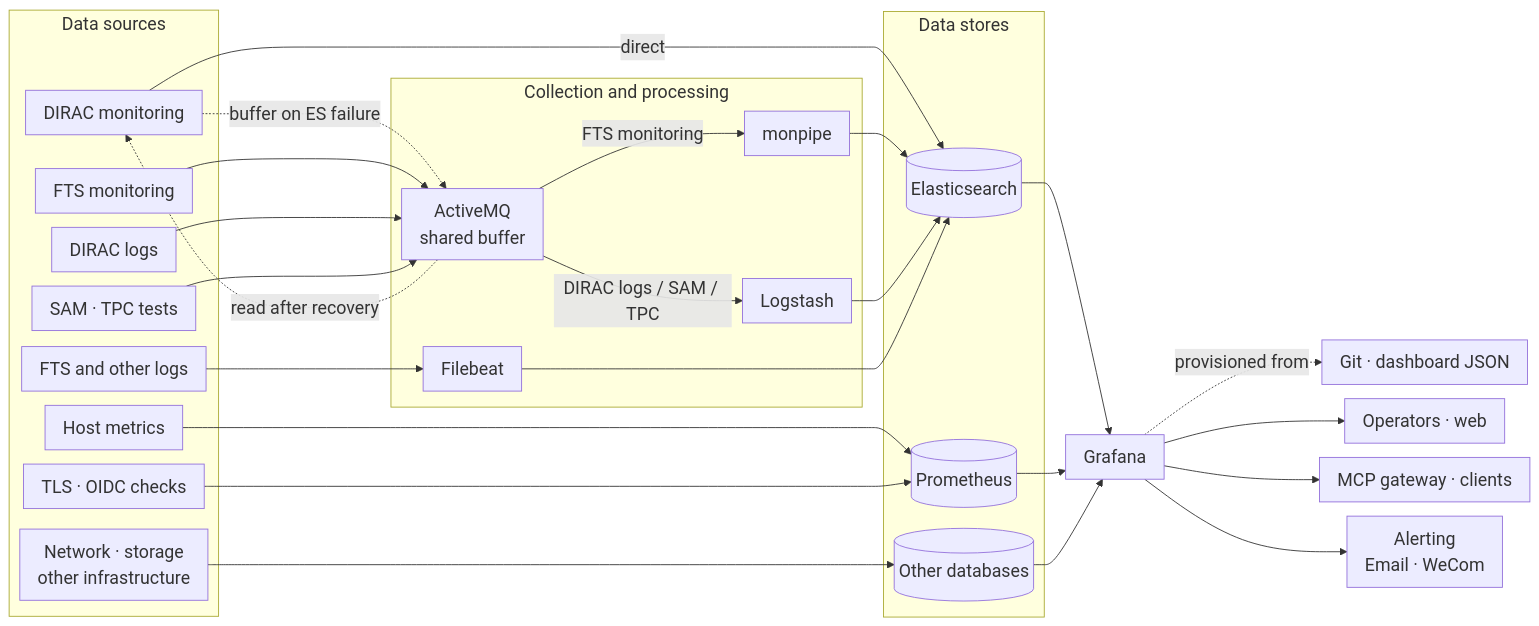
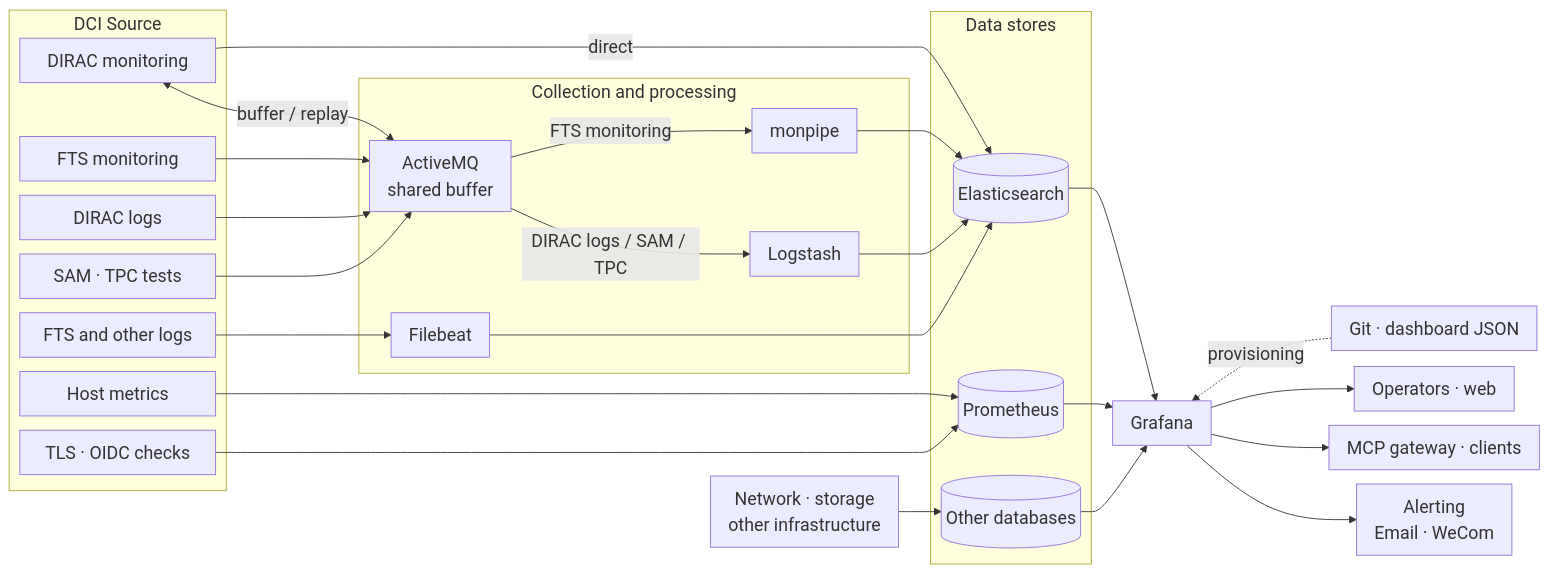
One commit to hanx-hep/2026-cepc-dci changed the first of 5 diagrams in slides.md. Above: the diagram before and after it, drawn with Mermaid.

Commit message:
style: align DCI source nodes and simplify buffer and Git arrows

````diff
--- a/slides.md
+++ b/slides.md
@@ -83,44 +83,44 @@
 ```mermaid {scale: 0.50}
 %%{init: {"themeVariables": {"fontSize": "20px"}, "flowchart": {"nodeSpacing": 16, "rankSpacing": 24, "padding": 10}}}%%
 flowchart LR
-    subgraph S[Data sources]
-        D[DIRAC monitoring]
-        F[FTS monitoring]
-        DL[DIRAC logs]
-        FL[FTS and other logs]
-        H[Host metrics]
-        N[Network · storage<br/>other infrastructure]
-        P[SAM · TPC tests]
-        Q[TLS · OIDC checks]
+    subgraph S[DCI Source]
+        D["<div style='width:180px'>DIRAC monitoring</div>"]
+        F["<div style='width:180px'>FTS monitoring</div>"]
+        DL["<div style='width:180px'>DIRAC logs</div>"]
+        FL["<div style='width:180px'>FTS and other logs</div>"]
+        H["<div style='width:180px'>Host metrics</div>"]
+        P["<div style='width:180px'>SAM · TPC tests</div>"]
+        Q["<div style='width:180px'>TLS · OIDC checks</div>"]
     end
+    N[Network · storage<br/>other infrastructure]
     subgraph T[Collection and processing]
         MQ[ActiveMQ<br/>shared buffer]
         MP[monpipe]
         LS[Logstash]
         FB[Filebeat]
     end
     subgraph B[Data stores]
         ES[(Elasticsearch)]
         PR[(Prometheus)]
         DB[(Other databases)]
     end
     D -->|direct| ES
-    D -. buffer on ES failure .-> MQ
-    MQ -. read after recovery .-> D
+    D <-->|buffer / replay| MQ
     F --> MQ
     DL --> MQ
     MQ -->|FTS monitoring| MP --> ES
     MQ -->|DIRAC logs / SAM / TPC| LS --> ES
     P --> MQ
     FL --> FB --> ES
     H --> PR
     N --> DB
     Q --> PR
     ES --> G[Grafana]
     PR --> G
     DB --> G
-    G -. provisioned from .-> J[Git · dashboard JSON]
+    G ~~~ J[Git · dashboard JSON]
+    J -. provisioning .-> G
     G --> O[Operators · web]
     G --> C[MCP gateway · clients]
     G --> A[Alerting<br/>Email · WeCom]
 ```
````
